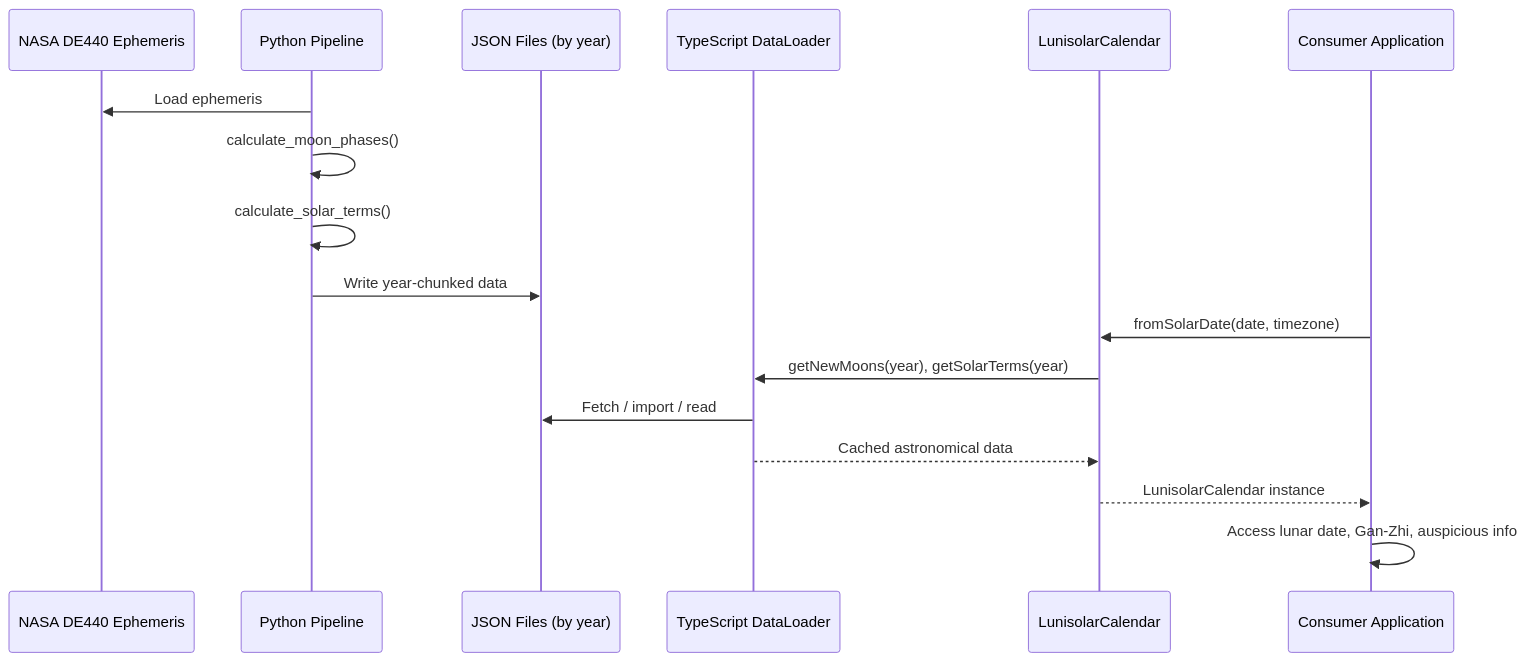
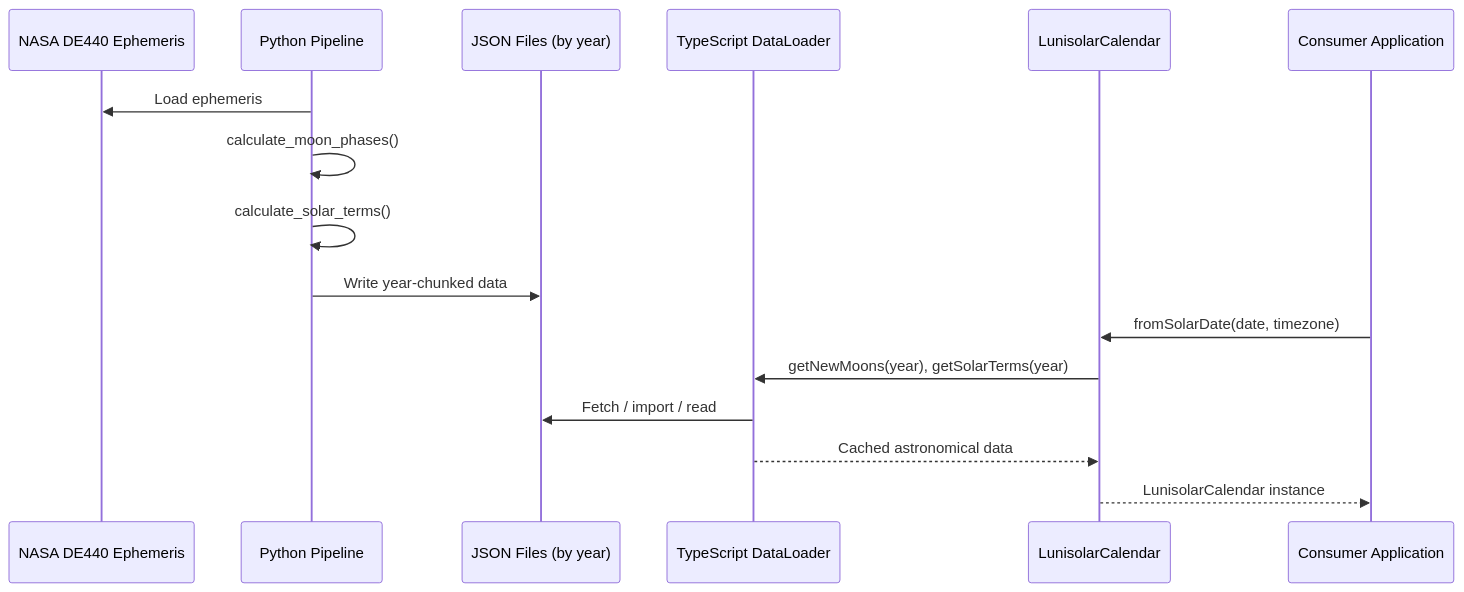
Before and after one commit to huydhoang/lunisolar-calendar: the tenth of 10 diagrams in ARCHITECTURE.md, drawn with Mermaid. The commit also changed other lines of this file and 1 other file, not shown here.

First line of the commit message:
Update ARCHITECTURE.md and README.md to reflect latest codebase

````diff
--- a/ARCHITECTURE.md
+++ b/ARCHITECTURE.md
@@ -277,21 +417,20 @@
 ```mermaid
 sequenceDiagram
     participant Eph as NASA DE440 Ephemeris
     participant Py as Python Pipeline
     participant JSON as JSON Files (by year)
     participant DL as TypeScript DataLoader
     participant Cal as LunisolarCalendar
     participant App as Consumer Application
 
     Py->>Eph: Load ephemeris
     Py->>Py: calculate_moon_phases()
     Py->>Py: calculate_solar_terms()
     Py->>JSON: Write year-chunked data
 
     App->>Cal: fromSolarDate(date, timezone)
     Cal->>DL: getNewMoons(year), getSolarTerms(year)
     DL->>JSON: Fetch / import / read
     DL-->>Cal: Cached astronomical data
     Cal-->>App: LunisolarCalendar instance
-    App->>App: Access lunar date, Gan-Zhi, auspicious info
 ```
````
